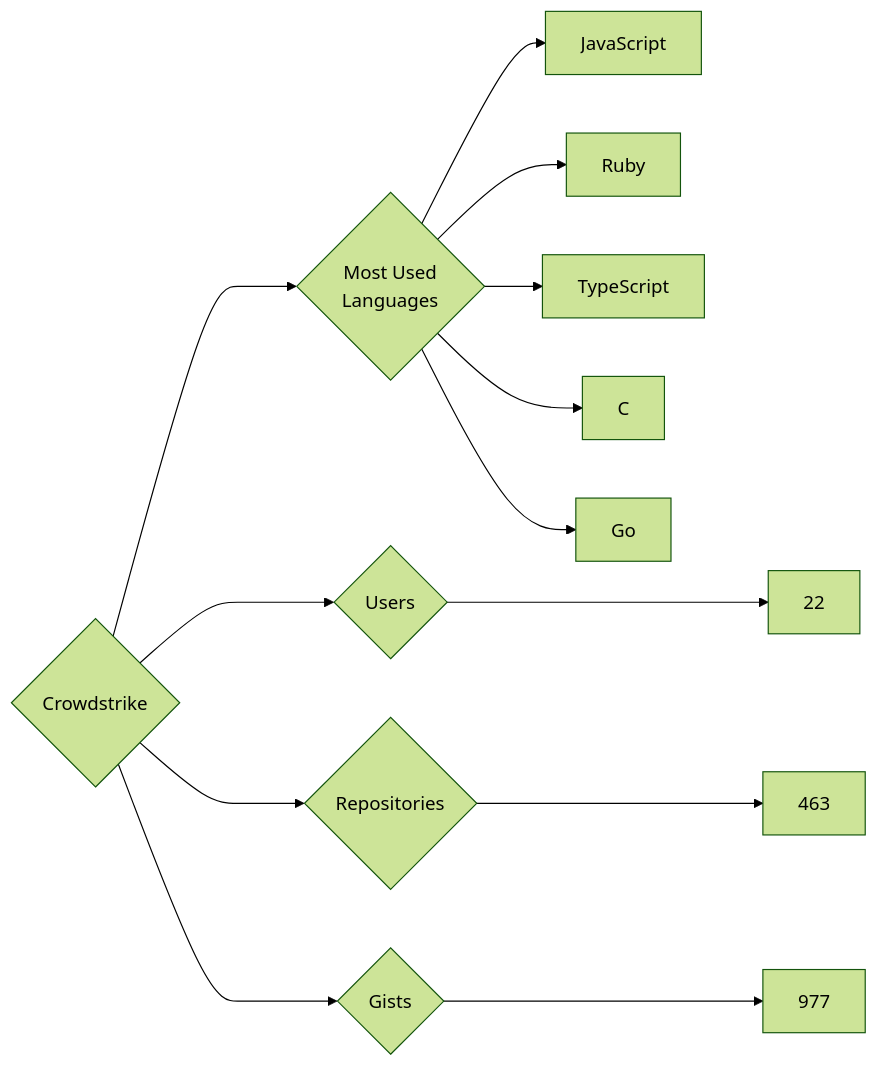
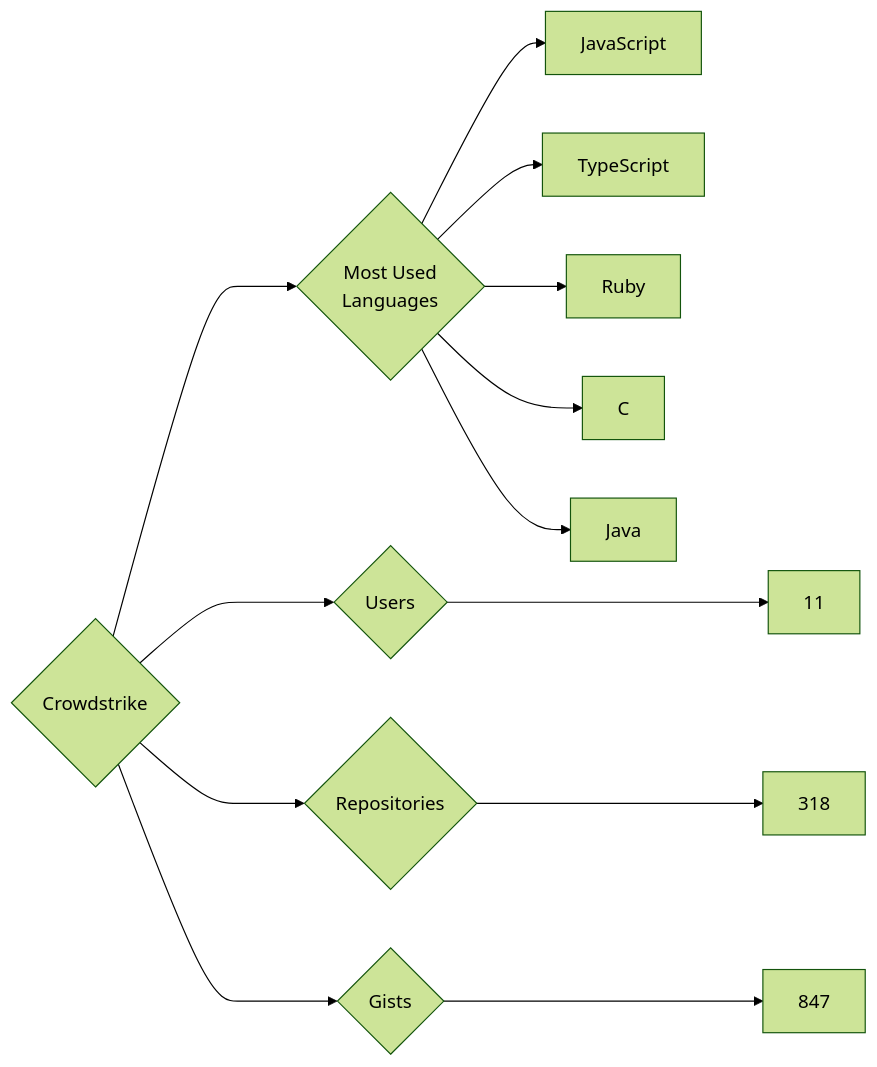
The diagram in targets/Crowdstrike/README.md (trickest/insiders), drawn with Mermaid (forest theme) before and after one commit. The commit also changed 777 other files, not shown here.

````diff
--- a/targets/Crowdstrike/README.md
+++ b/targets/Crowdstrike/README.md
@@ -3,13 +3,13 @@
 ```mermaid
 graph LR
 COMPANY_NAME{Crowdstrike}
-COMPANY_NAME ---> U{Users} ---> UN[22]
-COMPANY_NAME ---> R{Repositories} ---> RN[463]
-COMPANY_NAME ---> G{Gists} ---> GN[977]
+COMPANY_NAME ---> U{Users} ---> UN[11]
+COMPANY_NAME ---> R{Repositories} ---> RN[318]
+COMPANY_NAME ---> G{Gists} ---> GN[847]
 COMPANY_NAME ---> ML{Most Used<br>Languages}
 ML --> JavaScript[JavaScript]
+ML --> TypeScript[TypeScript]
 ML --> Ruby[Ruby]
-ML --> TypeScript[TypeScript]
 ML --> C[C]
-ML --> Go[Go]
+ML --> Java[Java]
 ```
````
